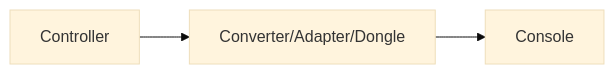
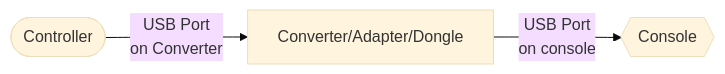
Before and after one commit to OpenStickCommunity/Site: the second of 2 diagrams in docs/faq/faq-console-compatibility.mdx, drawn with Mermaid (base theme). The commit also changed other lines of this file and 1 other file, not shown here.

Commit message:
Add notes to passthrough flow chart

````diff
--- a/docs/faq/faq-console-compatibility.mdx
+++ b/docs/faq/faq-console-compatibility.mdx
@@ -39,4 +39,4 @@
 ```mermaid
 graph LR
-Controller --> Converter/Adapter/Dongle --> Console
+Controller([Controller]) -- USB Port <br> on Converter --> Converter/Adapter/Dongle -- USB Port <br> on console --> Console{{Console}}
 ```
````
